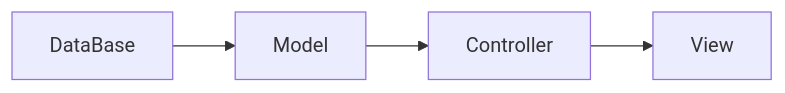
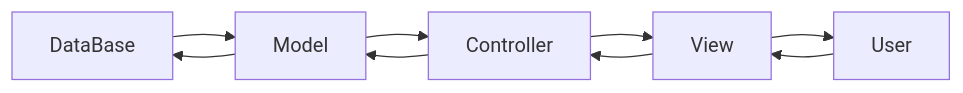
One commit to febreno/UserManagerMVC changed the first of 2 diagrams in README.md. Above: the diagram before and after it, drawn with Mermaid.

````diff
--- a/README.md
+++ b/README.md
@@ -4,4 +4,11 @@
 ```mermaid
 graph LR;
-    DataBase-->Model-->Controller-->View;
+    DataBase-->Model;
+    Model-->DataBase;
+    Model-->Controller;
+    Controller-->Model;
+    Controller-->View;
+    View-->Controller;
+    View-->User;
+    User-->View;
 ```
````
